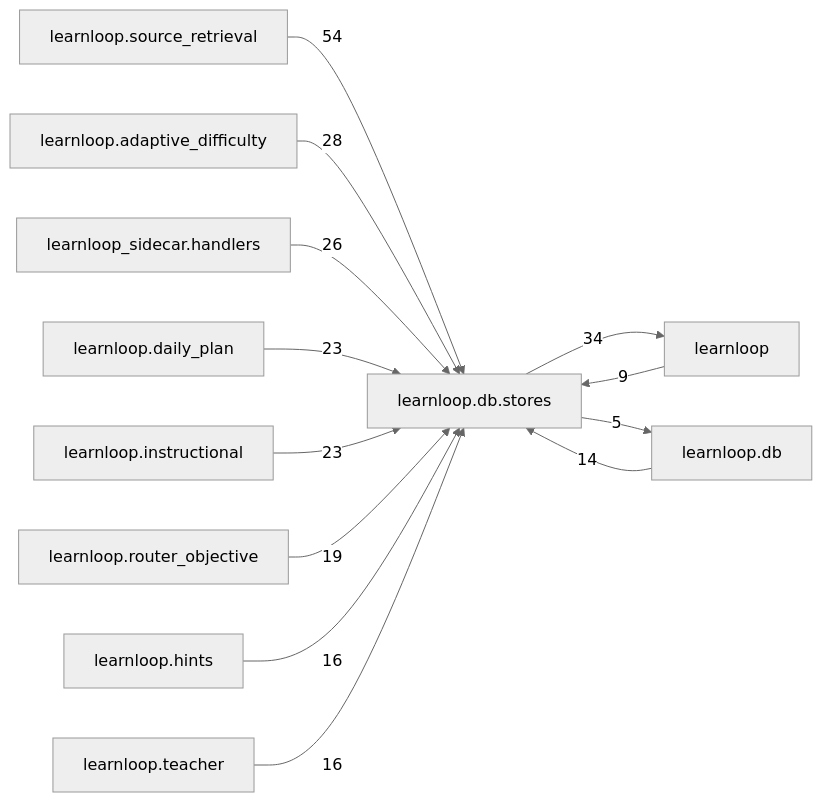
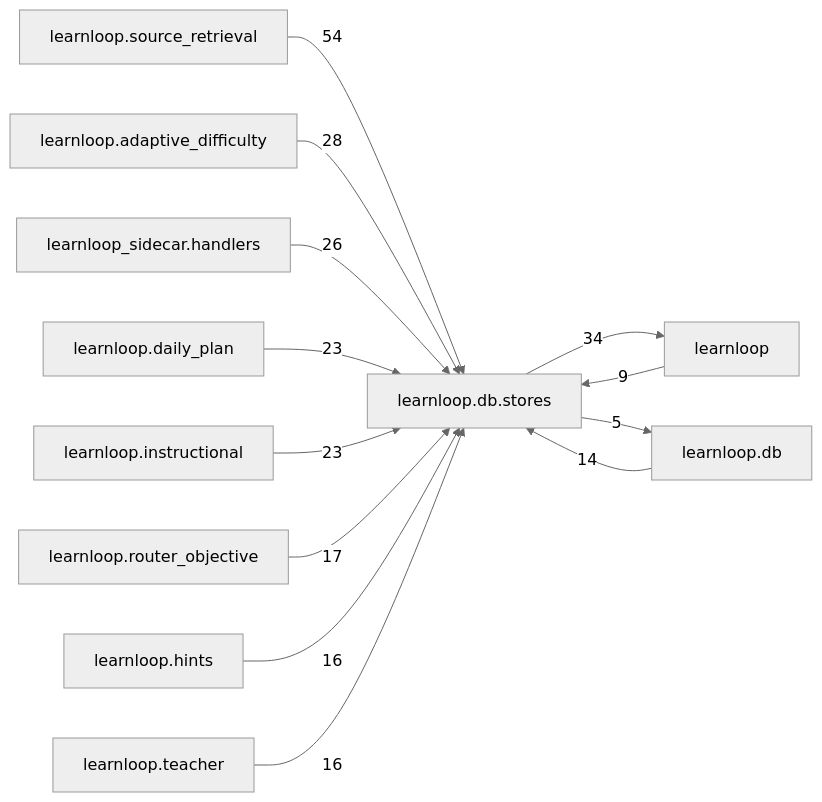
One commit to 6up-b/learnanything changed the diagram in docs/learnloop-architecture-vault/Reference/Modules/learnloop/db/stores/_package.md. Above: the diagram before and after it, drawn with Mermaid (neutral theme). The commit also changed other lines of this file and 49 other files, not shown here.

````diff
--- a/docs/learnloop-architecture-vault/Reference/Modules/learnloop/db/stores/_package.md
+++ b/docs/learnloop-architecture-vault/Reference/Modules/learnloop/db/stores/_package.md
@@ -220,26 +220,26 @@
 ```mermaid
 flowchart LR
     center["learnloop.db.stores"]
     n_learnloop_source_retrieval["learnloop.source_retrieval"]
     n_learnloop["learnloop"]
     n_learnloop_adaptive_difficulty["learnloop.adaptive_difficulty"]
     n_learnloop_sidecar_handlers["learnloop_sidecar.handlers"]
     n_learnloop_daily_plan["learnloop.daily_plan"]
     n_learnloop_instructional["learnloop.instructional"]
     n_learnloop_db["learnloop.db"]
     n_learnloop_router_objective["learnloop.router_objective"]
     n_learnloop_hints["learnloop.hints"]
     n_learnloop_teacher["learnloop.teacher"]
     n_learnloop_source_retrieval -->|54| center
     n_learnloop -->|9| center
     center -->|34| n_learnloop
     n_learnloop_adaptive_difficulty -->|28| center
     n_learnloop_sidecar_handlers -->|26| center
     n_learnloop_daily_plan -->|23| center
     n_learnloop_instructional -->|23| center
     n_learnloop_db -->|14| center
     center -->|5| n_learnloop_db
-    n_learnloop_router_objective -->|19| center
+    n_learnloop_router_objective -->|17| center
     n_learnloop_hints -->|16| center
     n_learnloop_teacher -->|16| center
 ```
````
